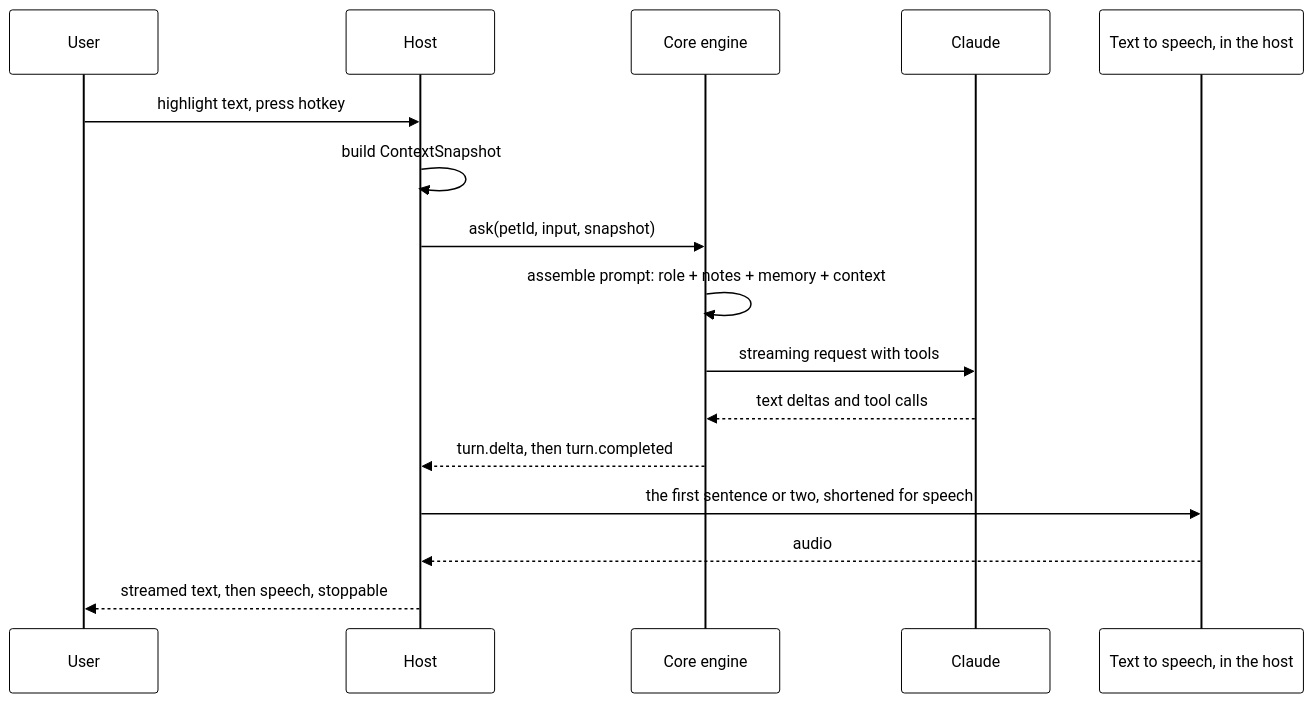
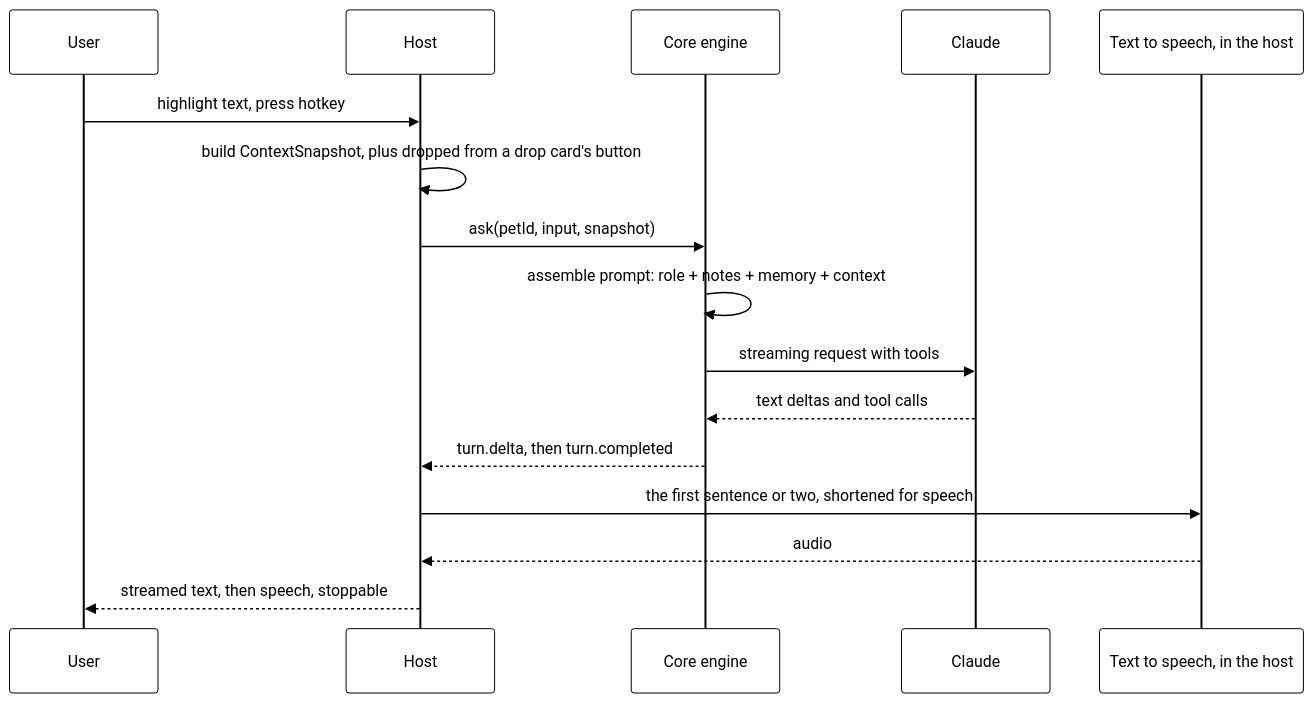
The third of 16 diagrams in docs/architecture.md (nadeem4/tagalong), drawn with Mermaid before and after one commit. The commit also changed other lines of this file and 37 other files, not shown here.

First line of the commit message:
feat: drop it on Scout - explain a dropped file, link or text, or hand it to an expert (#114)

````diff
--- a/docs/architecture.md
+++ b/docs/architecture.md
@@ -209,19 +209,19 @@
 ```mermaid
 %%{init: {"theme": "base", "themeVariables": {"primaryColor": "#ffffff", "primaryTextColor": "#000000", "primaryBorderColor": "#000000", "lineColor": "#000000", "actorBkg": "#ffffff", "actorBorder": "#000000", "signalColor": "#000000", "signalTextColor": "#000000", "noteBkgColor": "#ffffff", "noteBorderColor": "#000000"}}}%%
 sequenceDiagram
   participant U as User
   participant H as Host
   participant C as Core engine
   participant A as Claude
   participant T as Text to speech, in the host
   U->>H: highlight text, press hotkey
-  H->>H: build ContextSnapshot
+  H->>H: build ContextSnapshot, plus dropped from a drop card's button
   H->>C: ask(petId, input, snapshot)
   C->>C: assemble prompt: role + notes + memory + context
   C->>A: streaming request with tools
   A-->>C: text deltas and tool calls
   C-->>H: turn.delta, then turn.completed
   H->>T: the first sentence or two, shortened for speech
   T-->>H: audio
   H-->>U: streamed text, then speech, stoppable
 ```
````
